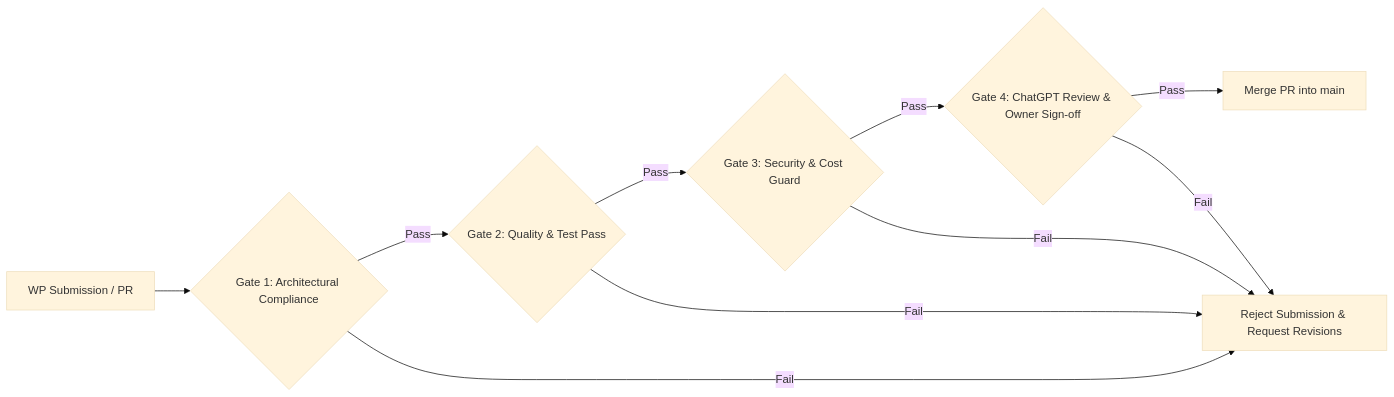
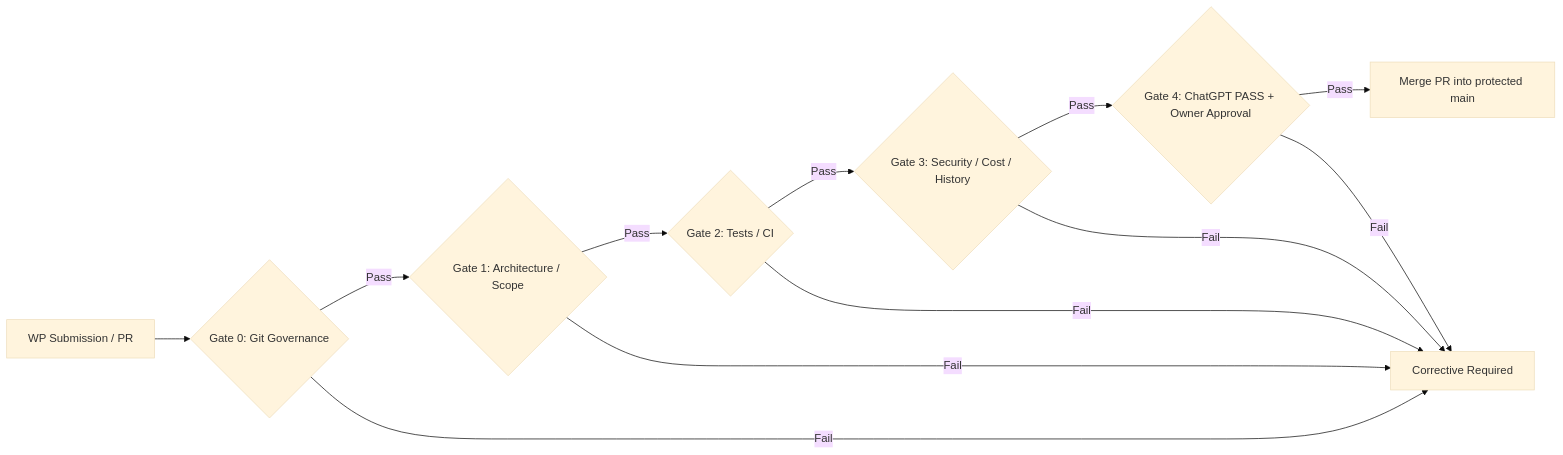
Before and after one commit to rebootob/Orbis-Video-Studio-AI: the diagram in project-docs/40_DELIVERY/RELEASE_GATES.md, drawn with Mermaid (base theme). The commit also changed other lines of this file and 10 other files, not shown here.

````diff
--- a/project-docs/40_DELIVERY/RELEASE_GATES.md
+++ b/project-docs/40_DELIVERY/RELEASE_GATES.md
@@ -11,13 +11,15 @@
 ```mermaid
 graph LR
-    Sub[WP Submission / PR] --> Gate1{Gate 1: Architectural Compliance}
-    Gate1 -- Pass --> Gate2{Gate 2: Quality & Test Pass}
-    Gate2 -- Pass --> Gate3{Gate 3: Security & Cost Guard}
-    Gate3 -- Pass --> Gate4{Gate 4: ChatGPT Review & Owner Sign-off}
-    Gate4 -- Pass --> Merge[Merge PR into main]
-    
-    Gate1 -- Fail --> Reject[Reject Submission & Request Revisions]
-    Gate2 -- Fail --> Reject
-    Gate3 -- Fail --> Reject
-    Gate4 -- Fail --> Reject
+    Sub[WP Submission / PR] --> G0{Gate 0: Git Governance}
+    G0 -- Pass --> G1{Gate 1: Architecture / Scope}
+    G1 -- Pass --> G2{Gate 2: Tests / CI}
+    G2 -- Pass --> G3{Gate 3: Security / Cost / History}
+    G3 -- Pass --> G4{Gate 4: ChatGPT PASS + Owner Approval}
+    G4 -- Pass --> Merge[Merge PR into protected main]
+
+    G0 -- Fail --> Reject[Corrective Required]
+    G1 -- Fail --> Reject
+    G2 -- Fail --> Reject
+    G3 -- Fail --> Reject
+    G4 -- Fail --> Reject
 ```
````
